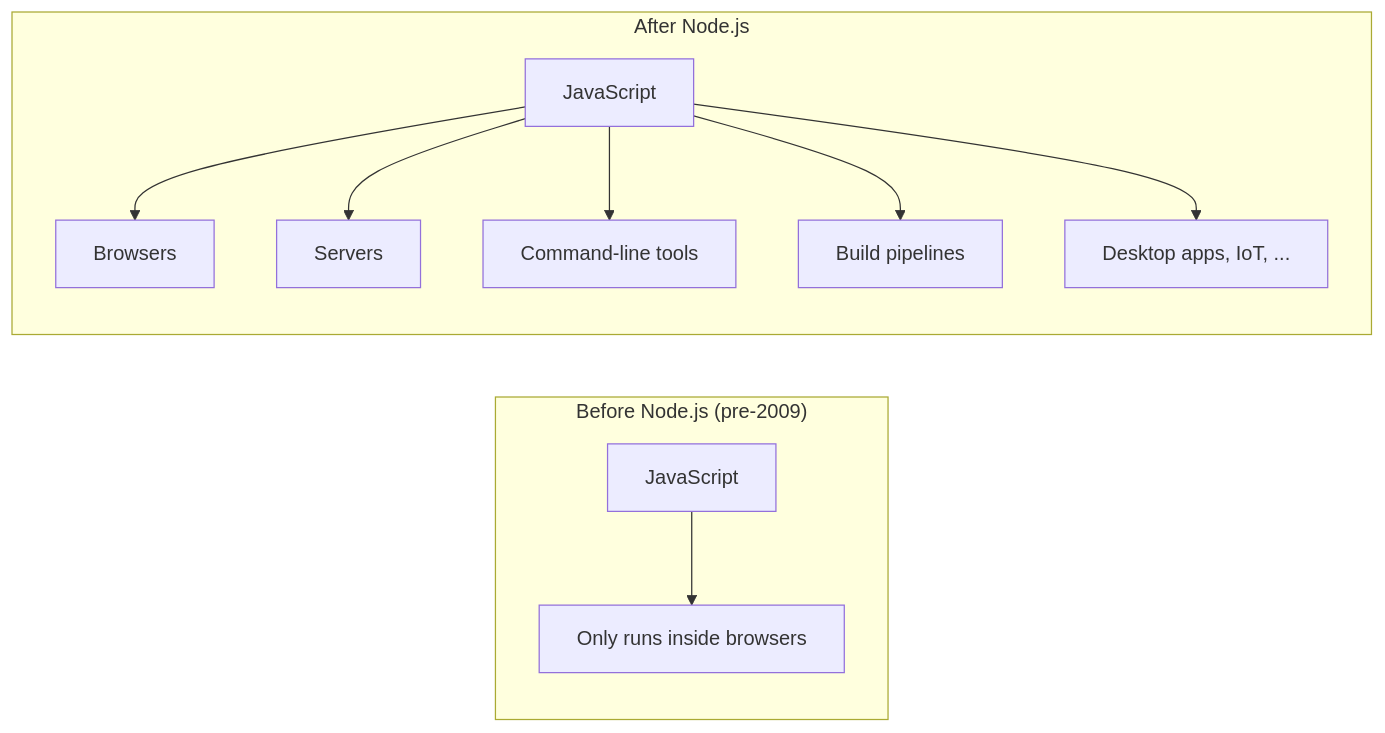
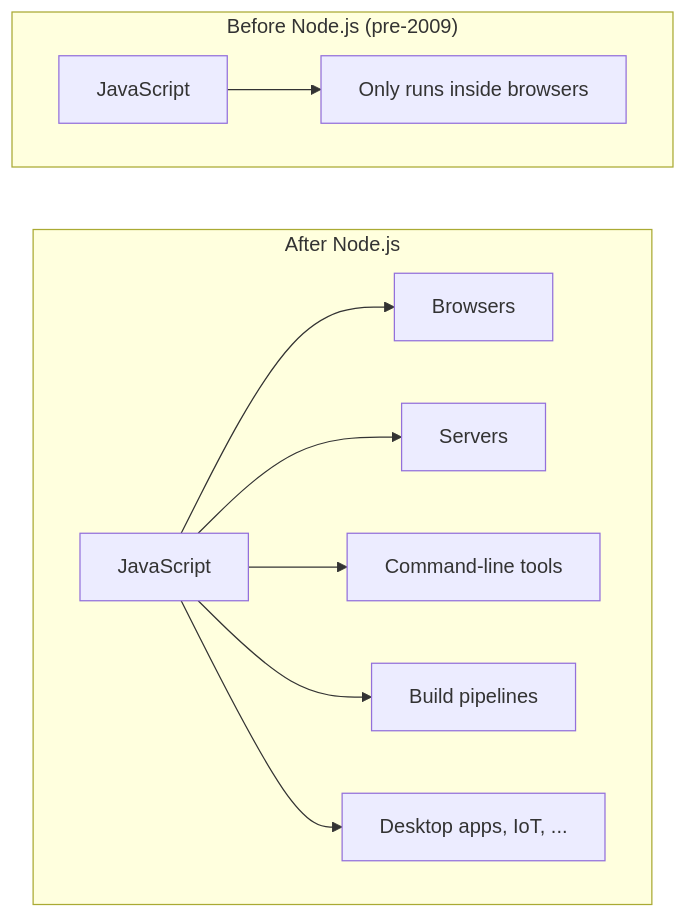
One commit to dataslope/dataslope changed the diagram in content/courses/beginners-javascript/javascript-today.mdx. Above: the diagram before and after it, drawn with Mermaid. The commit also changed 2180 other files, not shown here.

````diff
--- a/content/courses/beginners-javascript/javascript-today.mdx
+++ b/content/courses/beginners-javascript/javascript-today.mdx
@@ -96,13 +102,14 @@
 ```mermaid
-flowchart LR
+flowchart TD
     subgraph Before["Before Node.js (pre-2009)"]
         B1[JavaScript] --> B2[Only runs inside browsers]
     end
     subgraph After["After Node.js"]
         A1[JavaScript] --> A2[Browsers]
         A1 --> A3[Servers]
         A1 --> A4[Command-line tools]
         A1 --> A5[Build pipelines]
         A1 --> A6[Desktop apps, IoT, ...]
     end
+    Before ~~~ After
 ```
````
